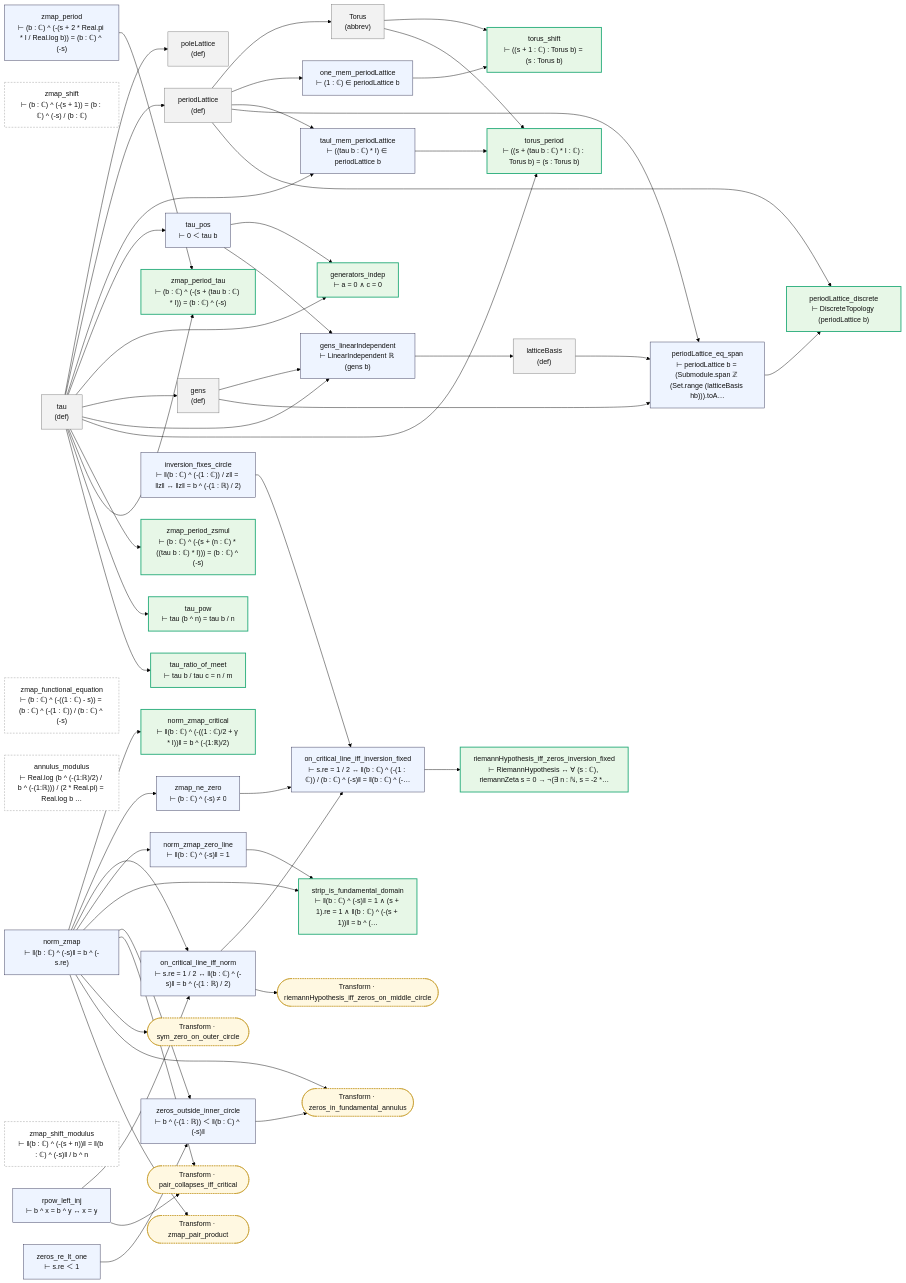
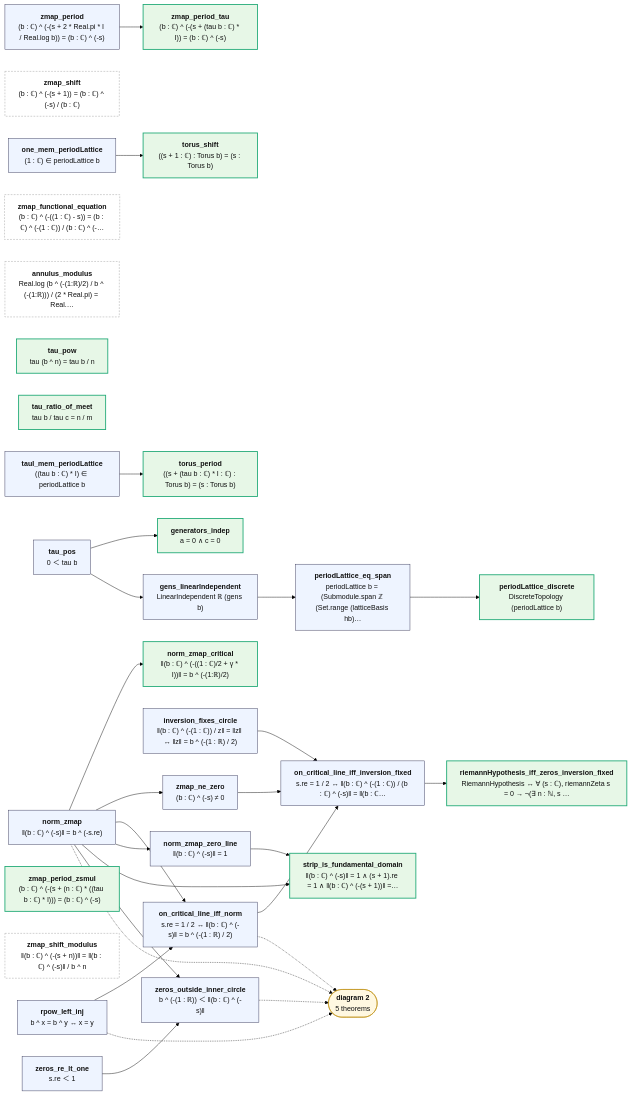
One commit to juliansambranojr/Primebeat_081426 changed the first of 2 diagrams in map/lean/Transform.md. Above: the diagram before and after it, drawn with Mermaid (forest theme). The commit also changed other lines of this file and 387 other files, not shown here.

````diff
--- a/map/lean/Transform.md
+++ b/map/lean/Transform.md
@@ -10,99 +14,63 @@
 ```mermaid
 flowchart LR
-  n0["norm_zmap<br/>⊢ ‖(b : ℂ) ^ (-s)‖ = b ^ (-s.re)"]:::thm
-  n1["norm_zmap_critical<br/>⊢ ‖(b : ℂ) ^ (-((1 : ℂ)/2 + γ * I))‖ = b ^ (-(1:ℝ)/2)"]:::end_
-  n2["zmap_shift<br/>⊢ (b : ℂ) ^ (-(s + 1)) = (b : ℂ) ^ (-s) / (b : ℂ)"]:::lone
-  n3["zmap_period<br/>⊢ (b : ℂ) ^ (-(s + 2 * Real.pi * I / Real.log b)) = (b : ℂ) ^ (-s)"]:::thm
-  n4["zmap_functional_equation<br/>⊢ (b : ℂ) ^ (-((1 : ℂ) - s)) = (b : ℂ) ^ (-(1 : ℂ)) / (b : ℂ) ^ (-s)"]:::lone
-  n5["annulus_modulus<br/>⊢ Real.log (b ^ (-(1:ℝ)/2) / b ^ (-(1:ℝ))) / (2 * Real.pi) = Real.log b …"]:::lone
-  n6["tau<br/>(def)"]:::dfn
-  n7["zmap_period_tau<br/>⊢ (b : ℂ) ^ (-(s + (tau b : ℂ) * I)) = (b : ℂ) ^ (-s)"]:::end_
-  n8["tau_pow<br/>⊢ tau (b ^ n) = tau b / n"]:::end_
-  n9["tau_ratio_of_meet<br/>⊢ tau b / tau c = n / m"]:::end_
-  n10["poleLattice<br/>(def)"]:::dfn
-  n11["periodLattice<br/>(def)"]:::dfn
-  n12["Torus<br/>(abbrev)"]:::dfn
-  n13["one_mem_periodLattice<br/>⊢ (1 : ℂ) ∈ periodLattice b"]:::thm
-  n14["tauI_mem_periodLattice<br/>⊢ ((tau b : ℂ) * I) ∈ periodLattice b"]:::thm
-  n15["tau_pos<br/>⊢ 0 ＜ tau b"]:::thm
-  n16["generators_indep<br/>⊢ a = 0 ∧ c = 0"]:::end_
-  n17["gens<br/>(def)"]:::dfn
-  n18["gens_linearIndependent<br/>⊢ LinearIndependent ℝ (gens b)"]:::thm
-  n19["latticeBasis<br/>(def)"]:::dfn
-  n20["periodLattice_eq_span<br/>⊢ periodLattice b = (Submodule.span ℤ (Set.range (latticeBasis hb))).toA…"]:::thm
-  n21["periodLattice_discrete<br/>⊢ DiscreteTopology (periodLattice b)"]:::end_
-  n22["torus_shift<br/>⊢ ((s + 1 : ℂ) : Torus b) = (s : Torus b)"]:::end_
-  n23["torus_period<br/>⊢ ((s + (tau b : ℂ) * I : ℂ) : Torus b) = (s : Torus b)"]:::end_
-  n24["zmap_period_zsmul<br/>⊢ (b : ℂ) ^ (-(s + (n : ℂ) * ((tau b : ℂ) * I))) = (b : ℂ) ^ (-s)"]:::end_
-  n25["zmap_shift_modulus<br/>⊢ ‖(b : ℂ) ^ (-(s + n))‖ = ‖(b : ℂ) ^ (-s)‖ / b ^ n"]:::lone
-  n26["inversion_fixes_circle<br/>⊢ ‖(b : ℂ) ^ (-(1 : ℂ)) / z‖ = ‖z‖ ↔ ‖z‖ = b ^ (-(1 : ℝ) / 2)"]:::thm
-  n27["rpow_left_inj<br/>⊢ b ^ x = b ^ y ↔ x = y"]:::thm
-  n28["zmap_ne_zero<br/>⊢ (b : ℂ) ^ (-s) ≠ 0"]:::thm
-  n29["on_critical_line_iff_norm<br/>⊢ s.re = 1 / 2 ↔ ‖(b : ℂ) ^ (-s)‖ = b ^ (-(1 : ℝ) / 2)"]:::thm
-  n30["on_critical_line_iff_inversion_fixed<br/>⊢ s.re = 1 / 2 ↔ ‖(b : ℂ) ^ (-(1 : ℂ)) / (b : ℂ) ^ (-s)‖ = ‖(b : ℂ) ^ (-…"]:::thm
-  n31["riemannHypothesis_iff_zeros_inversion_fixed<br/>⊢ RiemannHypothesis ↔ ∀ (s : ℂ), riemannZeta s = 0 → ¬(∃ n : ℕ, s = -2 *…"]:::end_
-  n32["norm_zmap_zero_line<br/>⊢ ‖(b : ℂ) ^ (-s)‖ = 1"]:::thm
-  n33["strip_is_fundamental_domain<br/>⊢ ‖(b : ℂ) ^ (-s)‖ = 1 ∧ (s + 1).re = 1 ∧ ‖(b : ℂ) ^ (-(s + 1))‖ = b ^ (…"]:::end_
-  n34["zeros_re_lt_one<br/>⊢ s.re ＜ 1"]:::thm
-  n35["zeros_outside_inner_circle<br/>⊢ b ^ (-(1 : ℝ)) ＜ ‖(b : ℂ) ^ (-s)‖"]:::thm
-  x0(["Transform · pair_collapses_iff_critical"]):::ext
-  x1(["Transform · riemannHypothesis_iff_zeros_on_middle_circle"]):::ext
-  x2(["Transform · sym_zero_on_outer_circle"]):::ext
-  x3(["Transform · zeros_in_fundamental_annulus"]):::ext
-  x4(["Transform · zmap_pair_product"]):::ext
+  n0["<b>norm_zmap</b><br/>‖(b : ℂ) ^ (-s)‖ = b ^ (-s.re)"]:::thm
+  n1["<b>norm_zmap_critical</b><br/>‖(b : ℂ) ^ (-((1 : ℂ)/2 + γ * I))‖ = b ^ (-(1:ℝ)/2)"]:::end_
+  n2["<b>zmap_shift</b><br/>(b : ℂ) ^ (-(s + 1)) = (b : ℂ) ^ (-s) / (b : ℂ)"]:::lone
+  n3["<b>zmap_period</b><br/>(b : ℂ) ^ (-(s + 2 * Real.pi * I / Real.log b)) = (b : ℂ) ^ (-s)"]:::thm
+  n4["<b>zmap_functional_equation</b><br/>(b : ℂ) ^ (-((1 : ℂ) - s)) = (b : ℂ) ^ (-(1 : ℂ)) / (b : ℂ) ^ (-…"]:::lone
+  n5["<b>annulus_modulus</b><br/>Real.log (b ^ (-(1:ℝ)/2) / b ^ (-(1:ℝ))) / (2 * Real.pi) = Real.…"]:::lone
+  n6["<b>zmap_period_tau</b><br/>(b : ℂ) ^ (-(s + (tau b : ℂ) * I)) = (b : ℂ) ^ (-s)"]:::end_
+  n7["<b>tau_pow</b><br/>tau (b ^ n) = tau b / n"]:::end_
+  n8["<b>tau_ratio_of_meet</b><br/>tau b / tau c = n / m"]:::end_
+  n9["<b>one_mem_periodLattice</b><br/>(1 : ℂ) ∈ periodLattice b"]:::thm
+  n10["<b>tauI_mem_periodLattice</b><br/>((tau b : ℂ) * I) ∈ periodLattice b"]:::thm
+  n11["<b>tau_pos</b><br/>0 ＜ tau b"]:::thm
+  n12["<b>generators_indep</b><br/>a = 0 ∧ c = 0"]:::end_
+  n13["<b>gens_linearIndependent</b><br/>LinearIndependent ℝ (gens b)"]:::thm
+  n14["<b>periodLattice_eq_span</b><br/>periodLattice b = (Submodule.span ℤ (Set.range (latticeBasis hb)…"]:::thm
+  n15["<b>periodLattice_discrete</b><br/>DiscreteTopology (periodLattice b)"]:::end_
+  n16["<b>torus_shift</b><br/>((s + 1 : ℂ) : Torus b) = (s : Torus b)"]:::end_
+  n17["<b>torus_period</b><br/>((s + (tau b : ℂ) * I : ℂ) : Torus b) = (s : Torus b)"]:::end_
+  n18["<b>zmap_period_zsmul</b><br/>(b : ℂ) ^ (-(s + (n : ℂ) * ((tau b : ℂ) * I))) = (b : ℂ) ^ (-s)"]:::end_
+  n19["<b>zmap_shift_modulus</b><br/>‖(b : ℂ) ^ (-(s + n))‖ = ‖(b : ℂ) ^ (-s)‖ / b ^ n"]:::lone
+  n20["<b>inversion_fixes_circle</b><br/>‖(b : ℂ) ^ (-(1 : ℂ)) / z‖ = ‖z‖ ↔ ‖z‖ = b ^ (-(1 : ℝ) / 2)"]:::thm
+  n21["<b>rpow_left_inj</b><br/>b ^ x = b ^ y ↔ x = y"]:::thm
+  n22["<b>zmap_ne_zero</b><br/>(b : ℂ) ^ (-s) ≠ 0"]:::thm
+  n23["<b>on_critical_line_iff_norm</b><br/>s.re = 1 / 2 ↔ ‖(b : ℂ) ^ (-s)‖ = b ^ (-(1 : ℝ) / 2)"]:::thm
+  n24["<b>on_critical_line_iff_inversion_fixed</b><br/>s.re = 1 / 2 ↔ ‖(b : ℂ) ^ (-(1 : ℂ)) / (b : ℂ) ^ (-s)‖ = ‖(b : ℂ…"]:::thm
+  n25["<b>riemannHypothesis_iff_zeros_inversion_fixed</b><br/>RiemannHypothesis ↔ ∀ (s : ℂ), riemannZeta s = 0 → ¬(∃ n : ℕ, s …"]:::end_
+  n26["<b>norm_zmap_zero_line</b><br/>‖(b : ℂ) ^ (-s)‖ = 1"]:::thm
+  n27["<b>strip_is_fundamental_domain</b><br/>‖(b : ℂ) ^ (-s)‖ = 1 ∧ (s + 1).re = 1 ∧ ‖(b : ℂ) ^ (-(s + 1))‖ =…"]:::end_
+  n28["<b>zeros_re_lt_one</b><br/>s.re ＜ 1"]:::thm
+  n29["<b>zeros_outside_inner_circle</b><br/>b ^ (-(1 : ℝ)) ＜ ‖(b : ℂ) ^ (-s)‖"]:::thm
+  x0(["<b>diagram 2</b><br/>5 theorems"]):::ext
   n0 --> n1
-  n0 --> n28
+  n0 --> n22
+  n0 --> n23
+  n0 --> n26
+  n0 --> n27
   n0 --> n29
-  n0 --> n32
-  n0 --> n33
-  n0 --> n35
-  n0 --> x0
-  n0 --> x2
-  n0 --> x3
-  n0 --> x4
+  n10 --> n17
   n11 --> n12
   n11 --> n13
-  n11 --> n14
-  n11 --> n20
-  n11 --> n21
-  n12 --> n22
-  n12 --> n23
-  n13 --> n22
-  n14 --> n23
-  n15 --> n16
-  n15 --> n18
-  n17 --> n18
-  n17 --> n20
-  n18 --> n19
-  n19 --> n20
-  n20 --> n21
-  n26 --> n30
-  n27 --> n29
-  n27 --> x0
-  n28 --> n30
-  n29 --> n30
-  n29 --> x1
-  n3 --> n7
-  n30 --> n31
-  n32 --> n33
-  n34 --> n35
-  n35 --> x3
-  n6 --> n10
-  n6 --> n11
-  n6 --> n14
-  n6 --> n15
-  n6 --> n16
-  n6 --> n17
-  n6 --> n18
-  n6 --> n23
-  n6 --> n24
-  n6 --> n7
-  n6 --> n8
-  n6 --> n9
+  n13 --> n14
+  n14 --> n15
+  n20 --> n24
+  n21 --> n23
+  n22 --> n24
+  n23 --> n24
+  n24 --> n25
+  n26 --> n27
+  n28 --> n29
+  n3 --> n6
+  n9 --> n16
+  n0 -.-> x0
+  n21 -.-> x0
+  n23 -.-> x0
+  n29 -.-> x0
   classDef thm fill:#eef4ff,stroke:#335,color:#111
-  classDef dfn fill:#f2f2f2,stroke:#777,color:#111
   classDef end_ fill:#e7f7e7,stroke:#2a7,color:#111,stroke-width:2px
   classDef lone fill:#fff,stroke:#999,color:#111,stroke-dasharray:4 3
   classDef bad fill:#ffe5e5,stroke:#c22,color:#111,stroke-width:2px
-  classDef ext fill:#fff8e1,stroke:#b80,color:#111,stroke-dasharray:2 2
+  classDef ext fill:#fff8e1,stroke:#b80,color:#111
 ```
````
